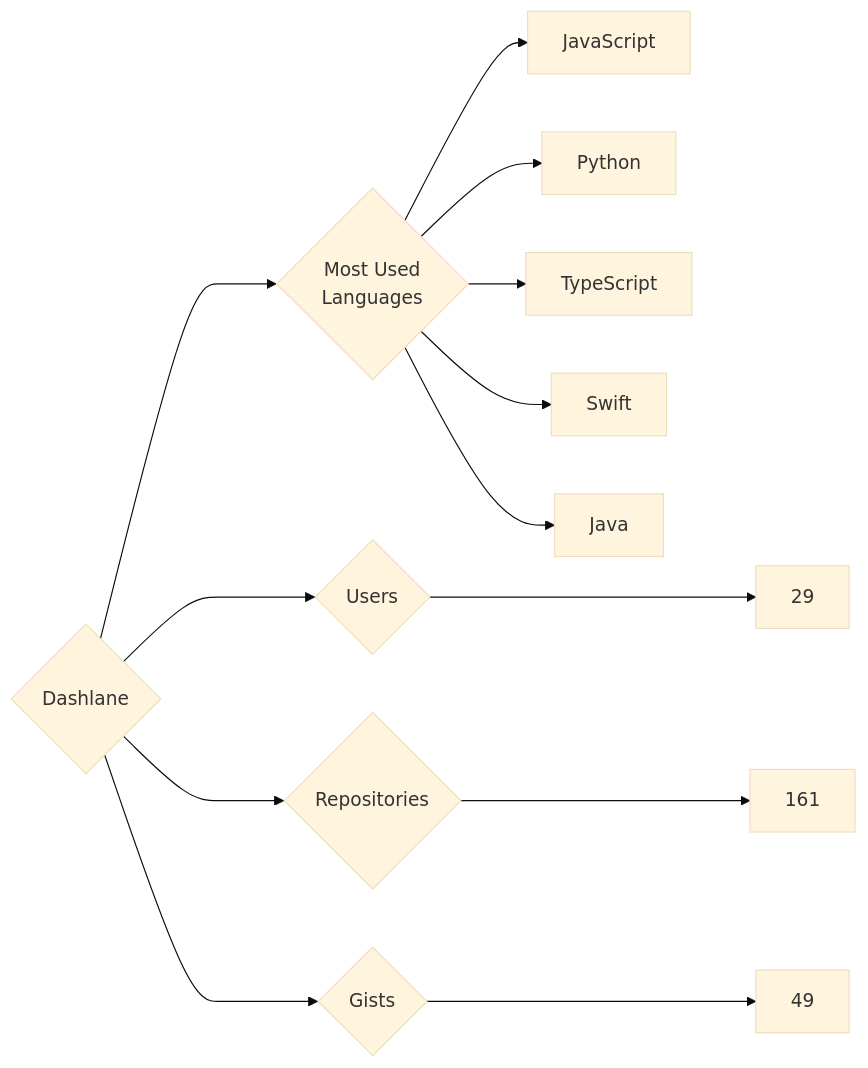
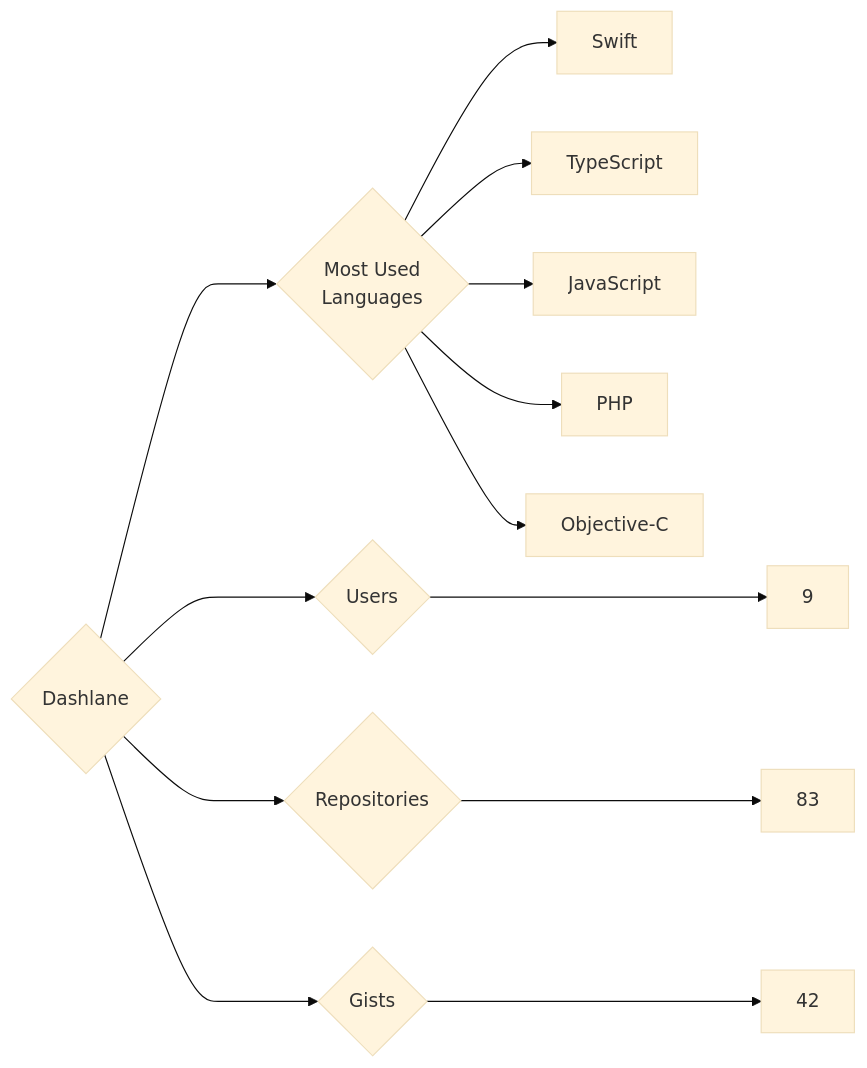
Before and after one commit to trickest/insiders: the diagram in targets/Dashlane/README.md, drawn with Mermaid (base theme). The commit also changed 614 other files, not shown here.

````diff
--- a/targets/Dashlane/README.md
+++ b/targets/Dashlane/README.md
@@ -3,13 +3,13 @@
 ```mermaid
 graph LR
 COMPANY_NAME{Dashlane}
-COMPANY_NAME ---> U{Users} ---> UN[29]
-COMPANY_NAME ---> R{Repositories} ---> RN[161]
-COMPANY_NAME ---> G{Gists} ---> GN[49]
+COMPANY_NAME ---> U{Users} ---> UN[9]
+COMPANY_NAME ---> R{Repositories} ---> RN[83]
+COMPANY_NAME ---> G{Gists} ---> GN[42]
 COMPANY_NAME ---> ML{Most Used<br>Languages}
+ML --> Swift[Swift]
+ML --> TypeScript[TypeScript]
 ML --> JavaScript[JavaScript]
-ML --> Python[Python]
-ML --> TypeScript[TypeScript]
-ML --> Swift[Swift]
-ML --> Java[Java]
+ML --> PHP[PHP]
+ML --> Objective-C[Objective-C]
 ```
````
